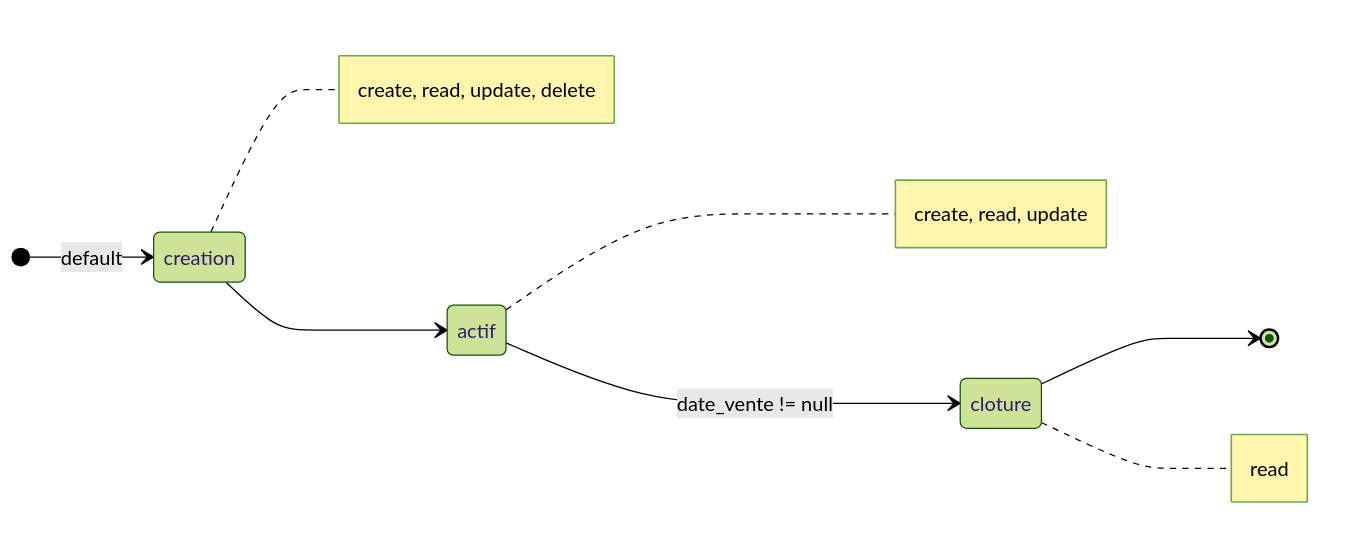
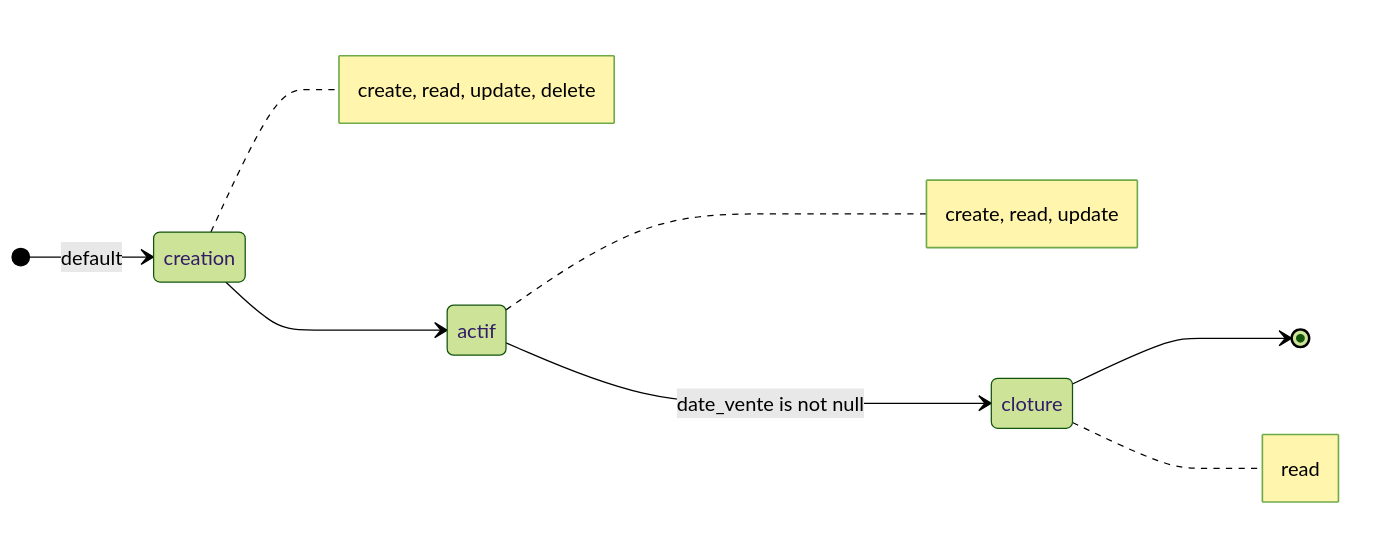
The fourth of 4 diagrams in docs/documentation.md (AymericLesert/Syncytium), drawn with Mermaid (forest theme) before and after one commit. The commit also changed 71 other files, not shown here.

Commit message:
D1573 — le test du nul s'écrit a is null, son inverse a is not null ; cent cinq comparaisons réécrites

````diff
--- a/docs/documentation.md
+++ b/docs/documentation.md
@@ -1635,11 +1635,11 @@
 ```mermaid
 stateDiagram-v2
   direction LR
   [*] --> creation : default
   creation --> actif
-  actif --> cloture : date_vente != null
+  actif --> cloture : date_vente is not null
   cloture --> [*]
   note right of creation : create, read, update, delete
   note right of actif : create, read, update
   note right of cloture : read
 ```
````
